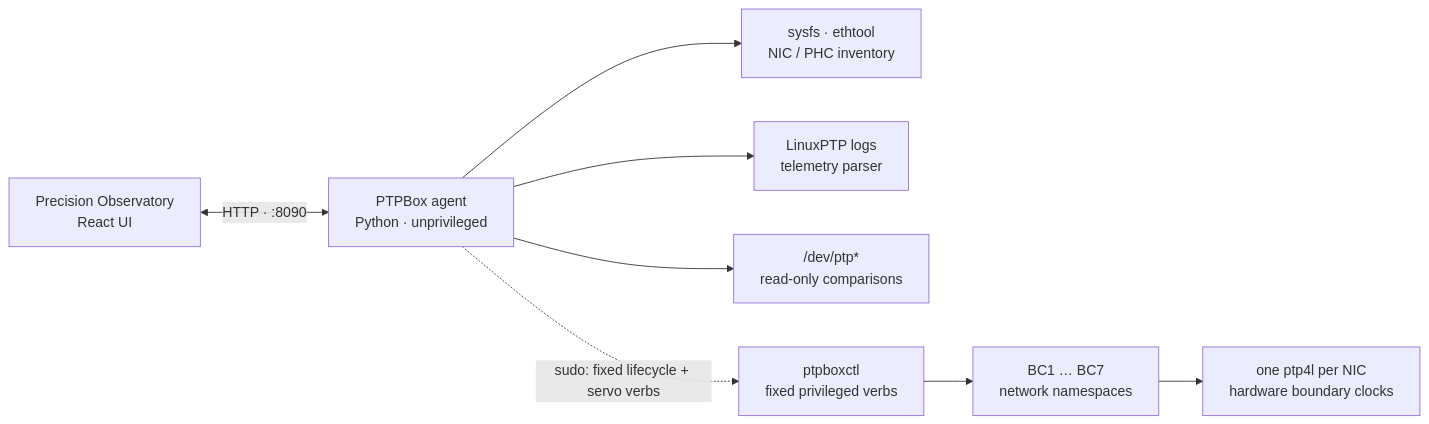
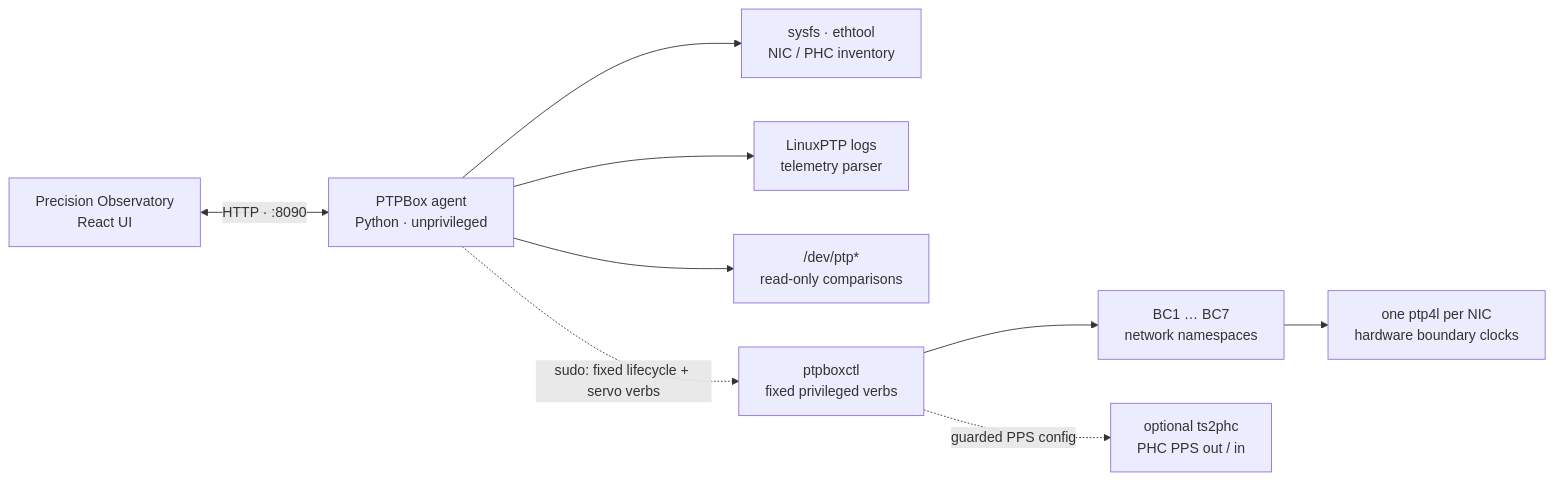
One commit to ahmadexp/PTPBox changed the diagram in README.md. Above: the diagram before and after it, drawn with Mermaid. The commit also changed other lines of this file and 9 other files, not shown here.

Commit message:
Add hardware PPS and ts2phc controls

````diff
--- a/README.md
+++ b/README.md
@@ -201,19 +201,20 @@
 ```mermaid
 flowchart LR
     Browser["Precision Observatory\nReact UI"]
     Agent["PTPBox agent\nPython · unprivileged"]
     Inventory["sysfs · ethtool\nNIC / PHC inventory"]
     Logs["LinuxPTP logs\ntelemetry parser"]
     PHCs["/dev/ptp*\nread-only comparisons"]
     Helper["ptpboxctl\nfixed privileged verbs"]
     NS["BC1 … BC7\nnetwork namespaces"]
     PTP["one ptp4l per NIC\nhardware boundary clocks"]
 
     Browser <-->|"HTTP · :8090"| Agent
     Agent --> Inventory
     Agent --> Logs
     Agent --> PHCs
     Agent -. "sudo: fixed lifecycle + servo verbs" .-> Helper
     Helper --> NS
     NS --> PTP
+    Helper -. "guarded PPS config" .-> PPS["optional ts2phc\nPHC PPS out / in"]
 ```
````
